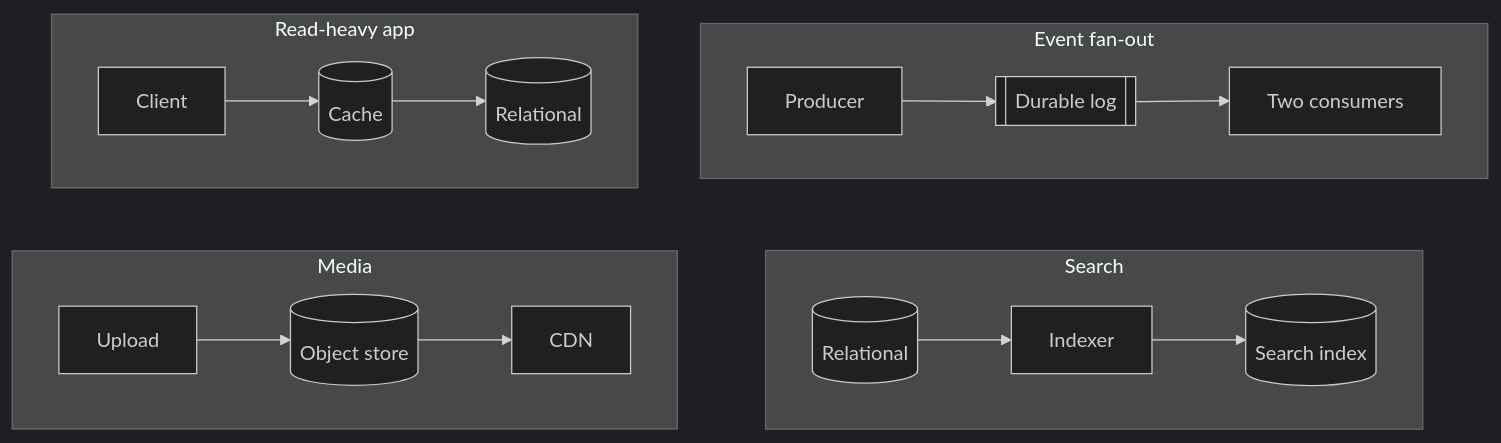
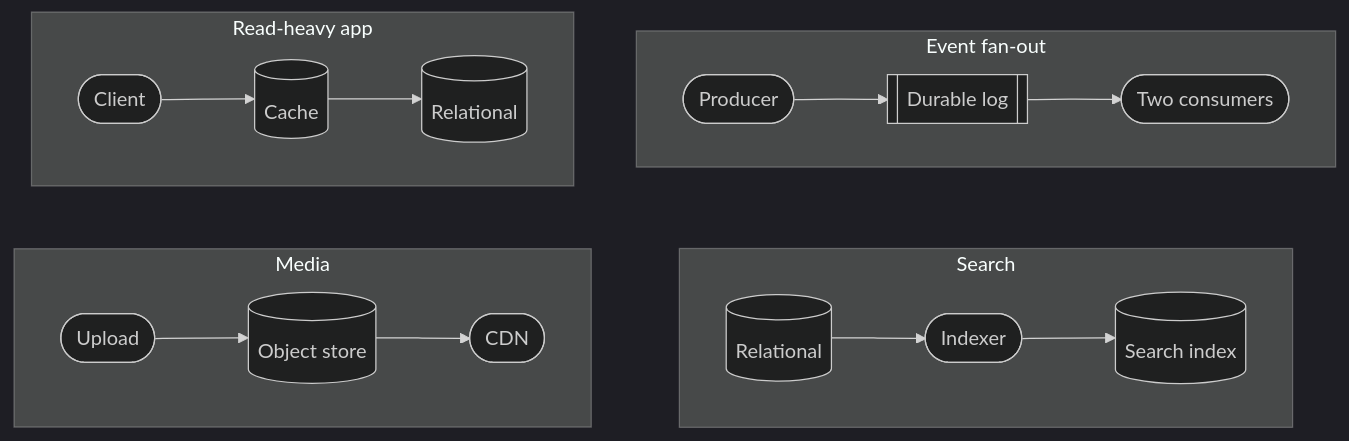
One commit to Laticent/lattice changed the fourth of 19 diagrams in examples/system-design-foundations.md. Above: the diagram before and after it, drawn with Mermaid (dark theme). The commit also changed other lines of this file and 1 other file, not shown here.

First line of the commit message:
deck(examples): act on the re-score, and finish the diagram conversion

````diff
--- a/examples/system-design-foundations.md
+++ b/examples/system-design-foundations.md
@@ -907,21 +907,21 @@
 ```mermaid
 flowchart TB
   subgraph b["Event fan-out"]
     direction LR
-    B1["Producer"] --> B2[["Durable log"]] --> B3["Two consumers"]
+    B1(["Producer"]) --> B2[["Durable log"]] --> B3(["Two consumers"])
   end
   subgraph a["Read-heavy app"]
     direction LR
-    A1["Client"] --> A2[("Cache")] --> A3[("Relational")]
+    A1(["Client"]) --> A2[("Cache")] --> A3[("Relational")]
   end
   subgraph d["Search"]
     direction LR
-    D1[("Relational")] --> D2["Indexer"] --> D3[("Search index")]
+    D1[("Relational")] --> D2(["Indexer"]) --> D3[("Search index")]
   end
   subgraph c["Media"]
     direction LR
-    C1["Upload"] --> C2[("Object store")] --> C3["CDN"]
+    C1(["Upload"]) --> C2[("Object store")] --> C3(["CDN"])
   end
   a ~~~ c
   b ~~~ d
 ```
````
